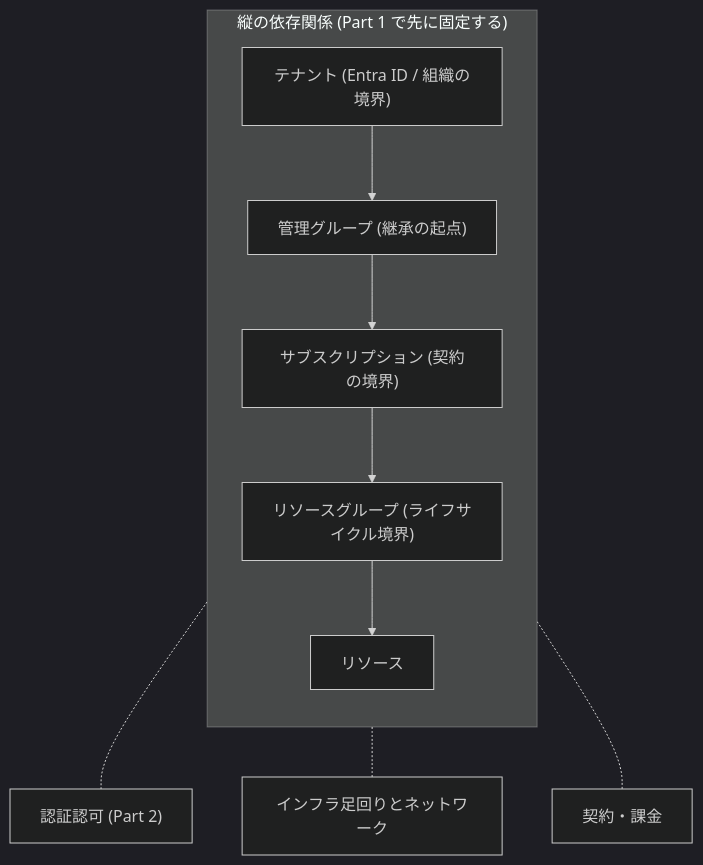
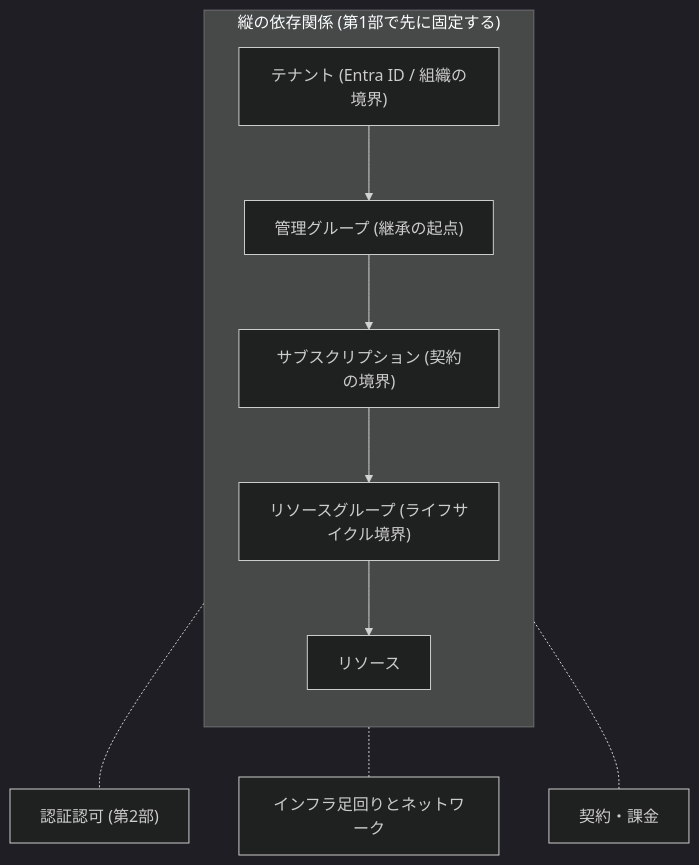
The diagram in README.md (engineers-hub-ltd-in-house-project/azure-practice), drawn with Mermaid (dark theme) before and after one commit. The commit also changed other lines of this file and 25 other files, not shown here.

````diff
--- a/README.md
+++ b/README.md
@@ -5,13 +5,13 @@
 ```mermaid
 flowchart TB
-  subgraph V["縦の依存関係 (Part 1 で先に固定する)"]
+  subgraph V["縦の依存関係 (第1部で先に固定する)"]
     direction TB
     T["テナント (Entra ID / 組織の境界)"] --> M["管理グループ (継承の起点)"]
     M --> S["サブスクリプション (契約の境界)"]
     S --> R["リソースグループ (ライフサイクル境界)"]
     R --> X["リソース"]
   end
-  X -.- A["認証認可 (Part 2)"]
+  X -.- A["認証認可 (第2部)"]
   X -.- N["インフラ足回りとネットワーク"]
   X -.- C["契約・課金"]
 ```
````
